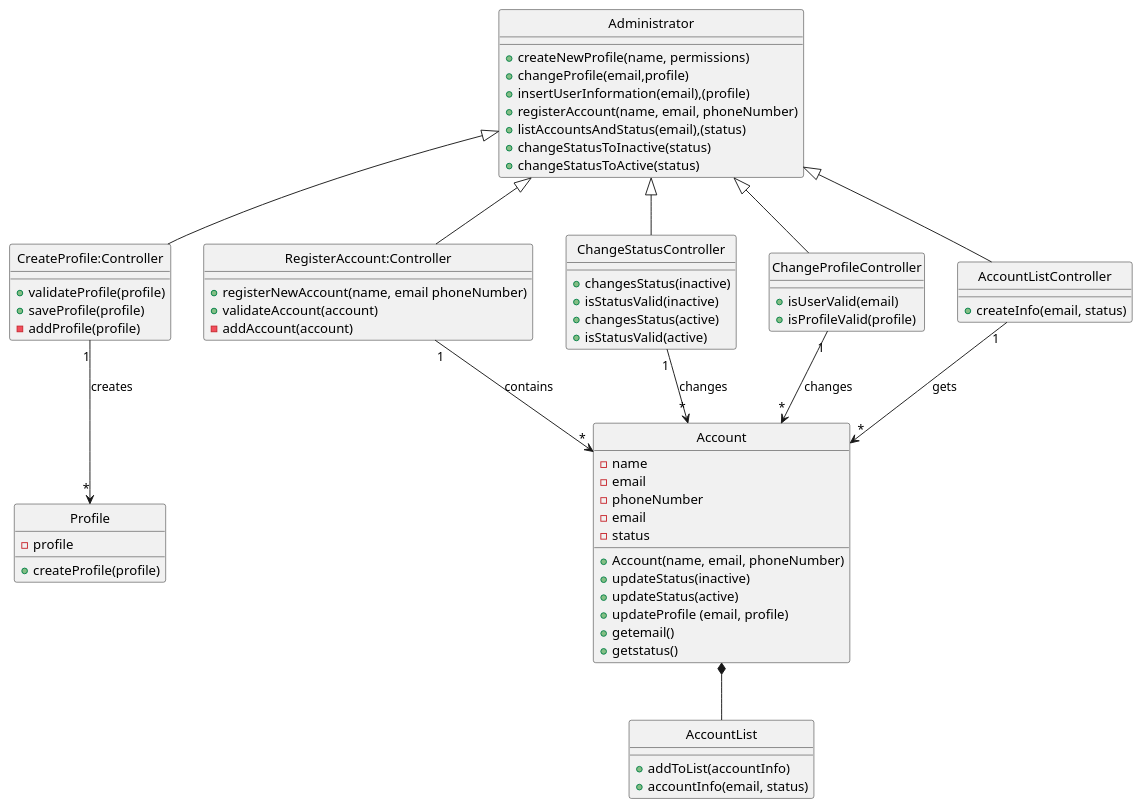
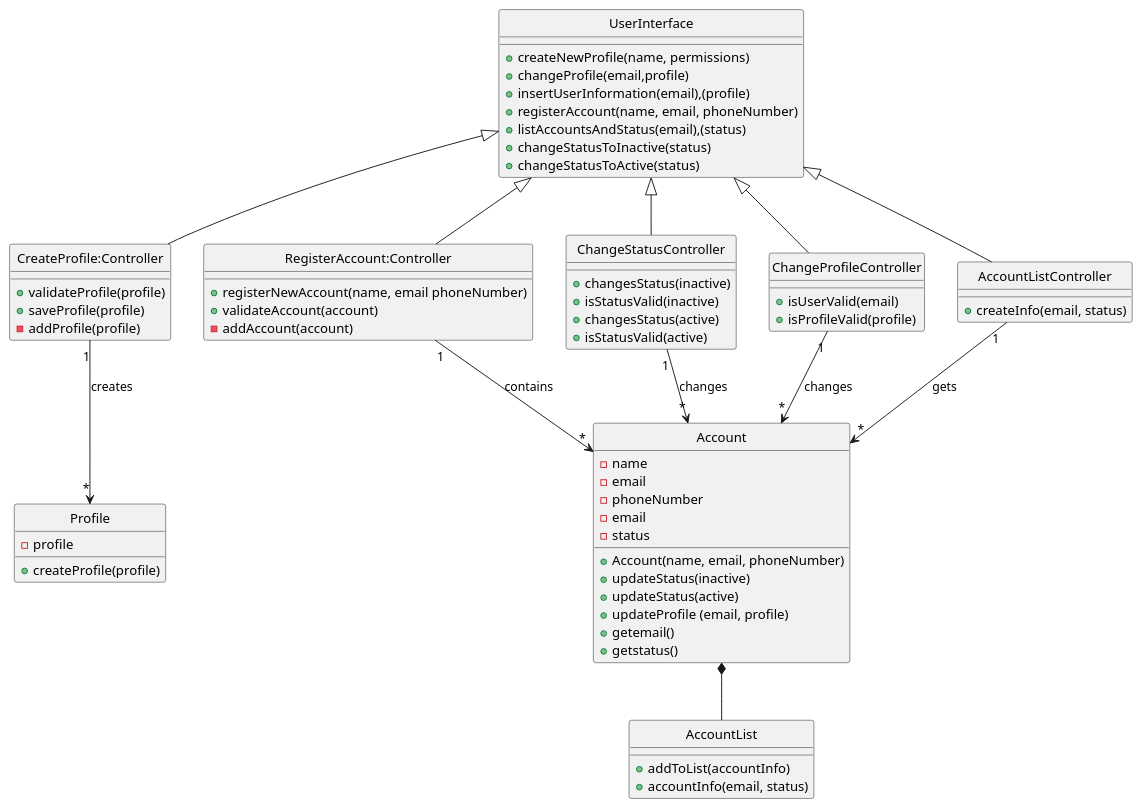
The diagram in docs/modelling_design/user_stories/Class_Diagram.puml (Loracline/project_switch_22-23), drawn with PlantUML before and after one commit. The commit also changed 1 other file, not shown here.

Commit message:
US001: Design: Refinement of class diagram for US001 and class diagram for US001-006.

```diff
--- a/docs/modelling_design/user_stories/Class_Diagram.puml
+++ b/docs/modelling_design/user_stories/Class_Diagram.puml
@@ -1,88 +1,88 @@
 @startuml
-class Administrator{
+class UserInterface{
 +createNewProfile(name, permissions)
 +changeProfile(email,profile)
 +insertUserInformation(email),(profile)
 +registerAccount(name, email, phoneNumber)
 +listAccountsAndStatus(email),(status)
 +changeStatusToInactive(status)
 +changeStatusToActive(status)
 }
 class Profile{
 -profile
 +createProfile(profile)
 }
 class Account {
 -name
 -email
 -phoneNumber
 +Account(name, email, phoneNumber)
 + updateStatus(inactive)
 + updateStatus(active)
 + updateProfile (email, profile)
 -email
 -status
 +getemail()
 +getstatus()
 }
 
 class "CreateProfile:Controller" {
 +validateProfile(profile)
 +saveProfile(profile)
 -addProfile(profile)
 }
 class "RegisterAccount:Controller" {
 +registerNewAccount(name, email phoneNumber)
 +validateAccount(account)
 -addAccount(account)
 }
 class ChangeStatusController{
 +changesStatus(inactive)
 +isStatusValid(inactive)
 +changesStatus(active)
 +isStatusValid(active)
 }
 class ChangeProfileController {
 +isUserValid(email)
 +isProfileValid(profile)
 }
 class "AccountListController" {
 +createInfo(email, status)
 }
 
 class AccountList{
 +addToList(accountInfo)
 +accountInfo(email, status)
 }
 
 hide Profile circle
 hide "CreateProfile:Controller" circle
-hide Administrator circle
+hide UserInterface circle
 hide "RegisterAccount:Controller" circle
 hide Account circle
 hide ChangeStatusController circle
 hide Account circle
 hide ChangeStatusController circle
 hide Account circle
 hide ChangeProfileController circle
 hide Account circle
-hide Administrator circle
+hide UserInterface circle
 hide "Account" circle
 hide "AccountList" circle
 hide "AccountListController" circle
 
-Administrator <|-- "CreateProfile:Controller"
-Administrator <|-- "RegisterAccount:Controller"
-Administrator <|-- ChangeStatusController
-Administrator <|-- ChangeProfileController
-Administrator <|-- "AccountListController"
+UserInterface <|-- "CreateProfile:Controller"
+UserInterface <|-- "RegisterAccount:Controller"
+UserInterface <|-- ChangeStatusController
+UserInterface <|-- ChangeProfileController
+UserInterface <|-- "AccountListController"
 
 "CreateProfile:Controller" "1" --> "*" Profile: creates
 "RegisterAccount:Controller" "1" --> "*" Account: contains
 ChangeStatusController "1" -->"*"Account: changes
 ChangeProfileController "1" -->"*"Account: changes
 "AccountListController" "1" --> "*" Account: gets
 Account *-- AccountList
 
 
 @enduml
```
